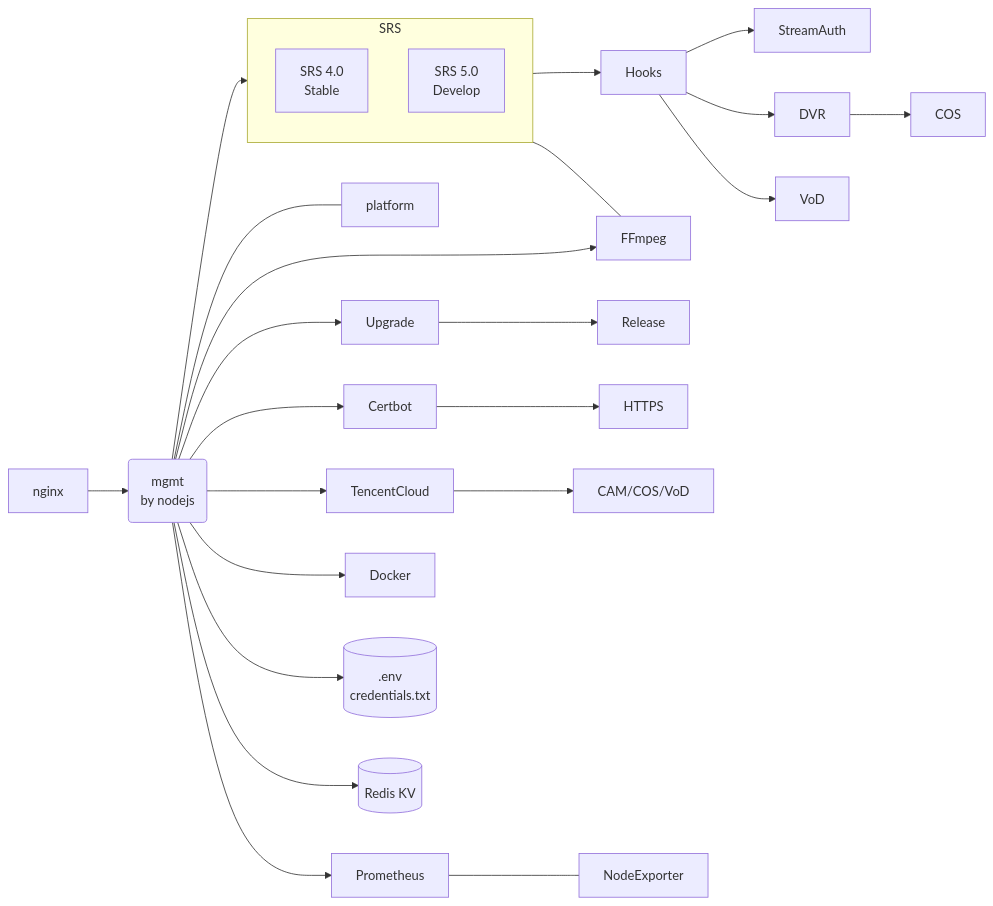
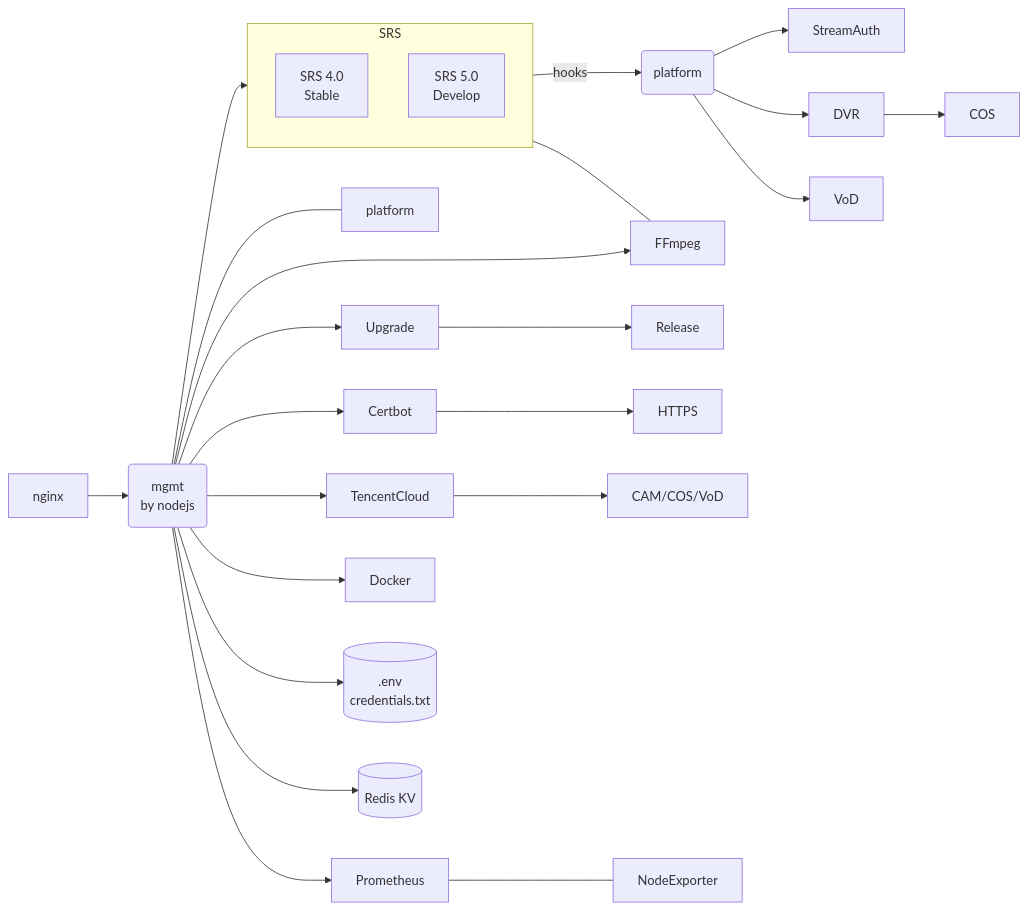
Before and after one commit to ossrs/oryx: the first of 2 diagrams in README.md, drawn with Mermaid. The commit also changed other lines of this file and 45 other files, not shown here.

Commit message:
Hooks: Migrate hooks to platform.

````diff
--- a/README.md
+++ b/README.md
@@ -29,20 +29,20 @@
 ```mermaid
 flowchart LR;
   nginx --> mgmt(mgmt<br/>by nodejs);
   subgraph SRS;
     SRSR[SRS 4.0<br/>Stable];
     SRSD[SRS 5.0<br/>Develop];
   end
-  mgmt --> SRS --> Hooks --> StreamAuth & DVR & VoD;
+  mgmt --> SRS --hooks--> Hooks(platform) --> StreamAuth & DVR & VoD;
   DVR --> COS;
   mgmt --> FFmpeg;
   mgmt --- platform;
   SRS --- FFmpeg;
   mgmt --> Upgrade --> Release;
   mgmt --> Certbot --> HTTPS;
   mgmt --> TencentCloud --> CAM[CAM/COS/VoD];
   mgmt --> Prometheus --- NodeExporter;
   mgmt --> Docker;
   mgmt --> Env[(.env<br/>credentials.txt)];
   mgmt --> Redis[(Redis KV)];
 ```
````
